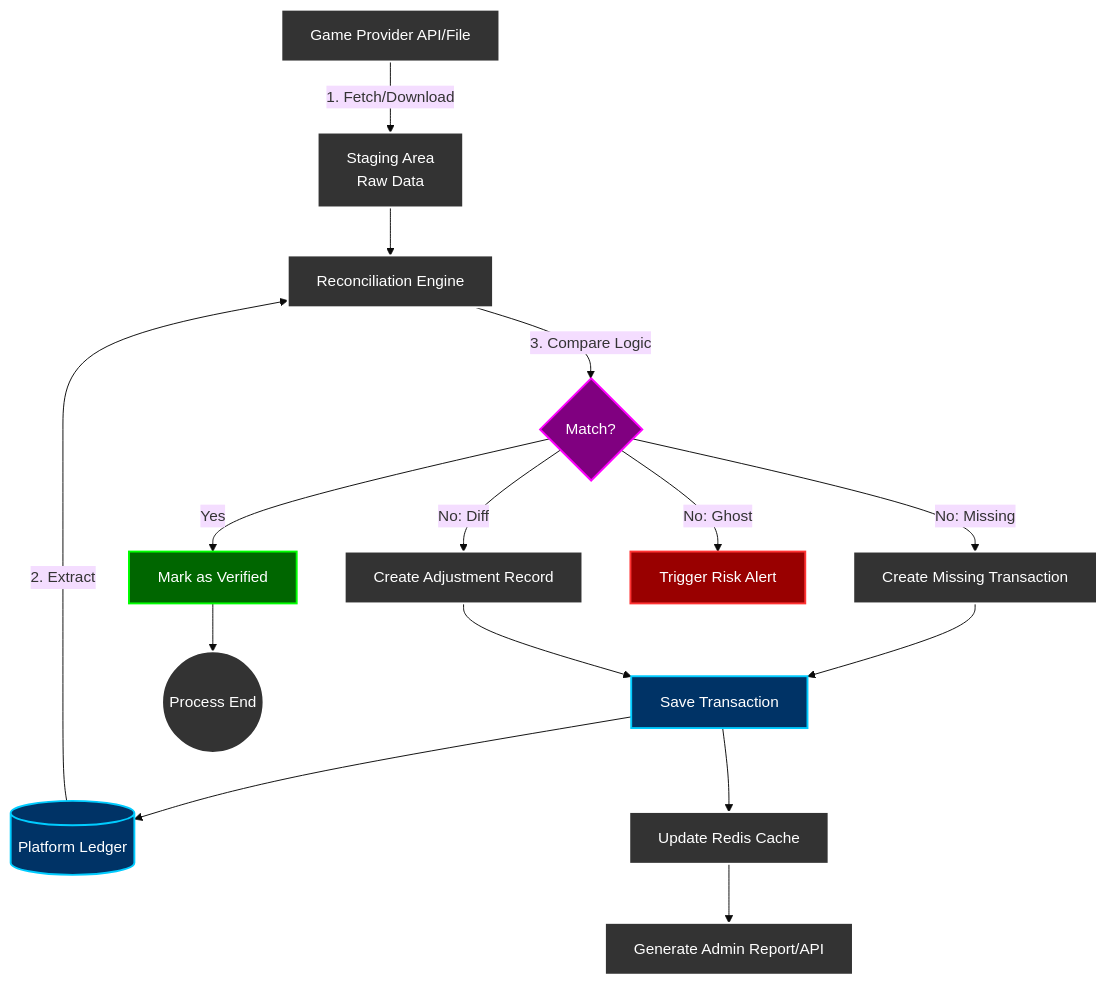
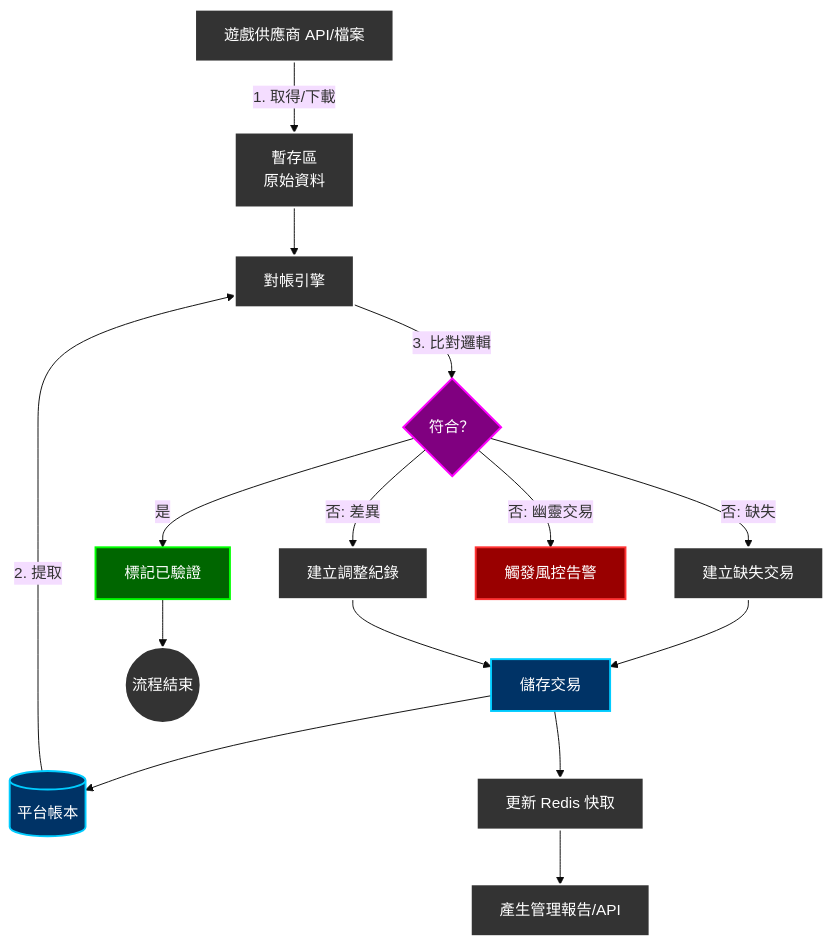
One commit to ron03wlb/smart-admin changed the first of 2 diagrams in docs/iGaming/architecture/02_Finance_Service/Turnover_Calculation_Architecture.md. Above: the diagram before and after it, drawn with Mermaid (base theme). The commit also changed other lines of this file and 4 other files, not shown here.

````diff
--- a/docs/iGaming/architecture/02_Finance_Service/Turnover_Calculation_Architecture.md
+++ b/docs/iGaming/architecture/02_Finance_Service/Turnover_Calculation_Architecture.md
@@ -476,23 +476,23 @@
 ```mermaid
 graph TD
     classDef database fill:#003366,stroke:#00ccff,stroke-width:2px,color:#fff;
     classDef process fill:#333333,stroke:#fff,stroke-width:2px,color:#fff;
     classDef decision fill:#800080,stroke:#ff00ff,stroke-width:2px,color:#fff;
     classDef alert fill:#990000,stroke:#ff3333,stroke-width:2px,color:#fff;
     classDef success fill:#006600,stroke:#00ff00,stroke-width:2px,color:#fff;
 
-    GP_API[Game Provider API/File]:::process -->|1. Fetch/Download| Staging[Staging Area<br/>Raw Data]:::process
-    Platform_DB[(Platform Ledger)]:::database -->|2. Extract| Reconciliation_Engine[Reconciliation Engine]:::process
+    GP_API[遊戲供應商 API/檔案]:::process -->|1. 取得/下載| Staging[暫存區<br/>原始資料]:::process
+    Platform_DB[(平台帳本)]:::database -->|2. 提取| Reconciliation_Engine[對帳引擎]:::process
     Staging --> Reconciliation_Engine
-    Reconciliation_Engine -->|3. Compare Logic| Logic{Match?}:::decision
-    Logic -- Yes --> Mark_Verified[Mark as Verified]:::success
-    Logic -- No: Missing --> Action_Recover[Create Missing Transaction]:::process
-    Logic -- No: Diff --> Action_Adjust[Create Adjustment Record]:::process
-    Logic -- No: Ghost --> Alert_Risk[Trigger Risk Alert]:::alert
-    Action_Recover --> SaveTx[Save Transaction]:::database
+    Reconciliation_Engine -->|3. 比對邏輯| Logic{符合？}:::decision
+    Logic -- 是 --> Mark_Verified[標記已驗證]:::success
+    Logic -- 否: 缺失 --> Action_Recover[建立缺失交易]:::process
+    Logic -- 否: 差異 --> Action_Adjust[建立調整紀錄]:::process
+    Logic -- 否: 幽靈交易 --> Alert_Risk[觸發風控告警]:::alert
+    Action_Recover --> SaveTx[儲存交易]:::database
     Action_Adjust --> SaveTx
-    Mark_Verified --> End((Process End)):::process
+    Mark_Verified --> End((流程結束)):::process
     SaveTx --> Platform_DB
-    SaveTx --> CacheRes[Update Redis Cache]:::process
-    CacheRes --> Resp[Generate Admin Report/API]:::process
+    SaveTx --> CacheRes[更新 Redis 快取]:::process
+    CacheRes --> Resp[產生管理報告/API]:::process
 ```
````
